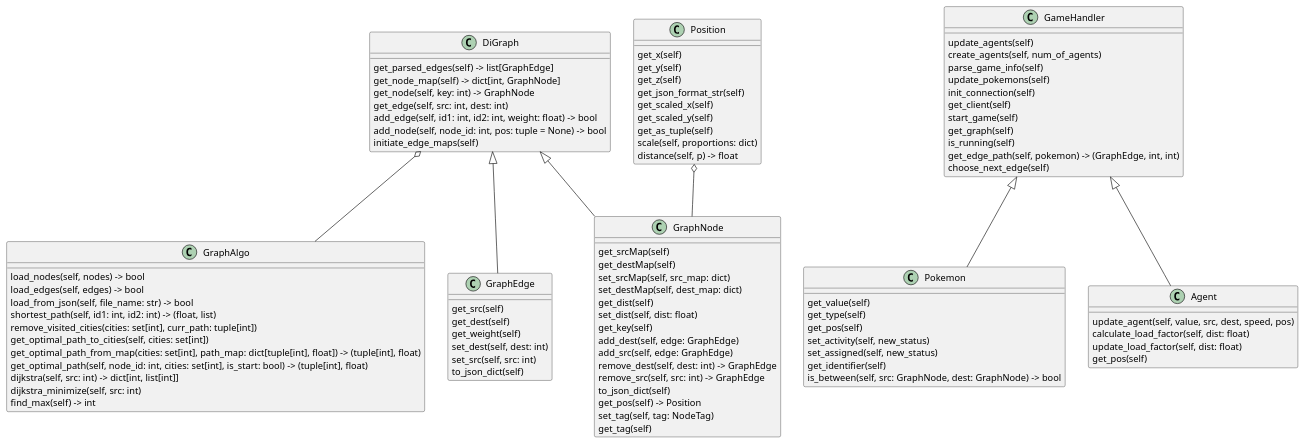
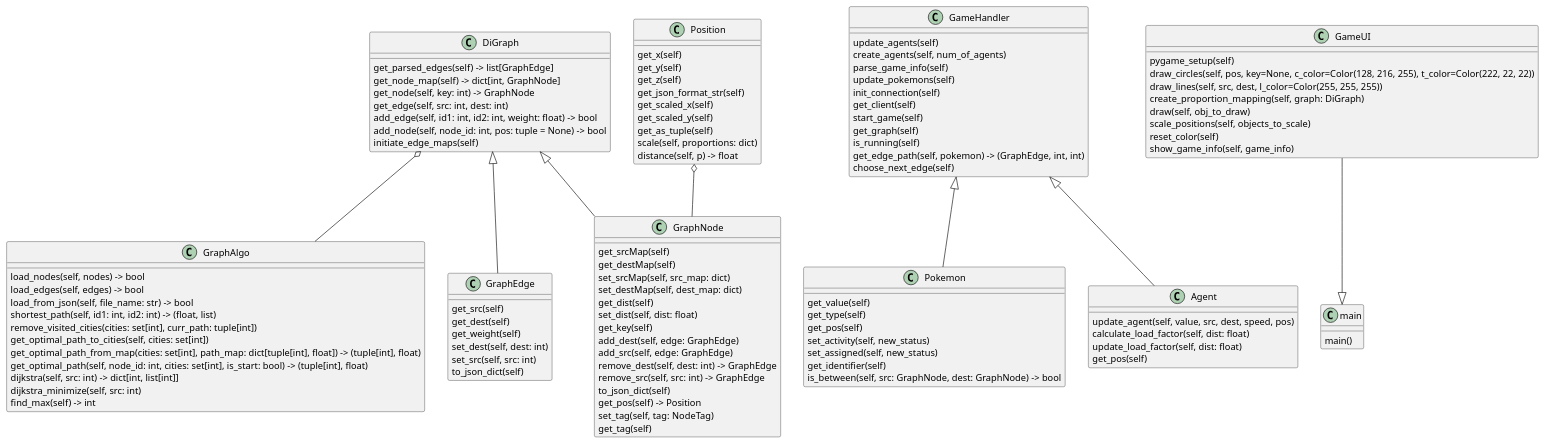
One commit to OriHoward/oop-ex5 changed the diagram in UML.puml. Above: the diagram before and after it, drawn with PlantUML.

Commit message:
updated UML

```diff
--- a/UML.puml
+++ b/UML.puml
@@ -1,107 +1,121 @@
 @startuml
 'https://plantuml.com/class-diagram
 
 class GraphAlgo {
  load_nodes(self, nodes) -> bool
  load_edges(self, edges) -> bool
  load_from_json(self, file_name: str) -> bool
  shortest_path(self, id1: int, id2: int) -> (float, list)
  remove_visited_cities(cities: set[int], curr_path: tuple[int])
  get_optimal_path_to_cities(self, cities: set[int])
  get_optimal_path_from_map(cities: set[int], path_map: dict[tuple[int], float]) -> (tuple[int], float)
  get_optimal_path(self, node_id: int, cities: set[int], is_start: bool) -> (tuple[int], float)
  dijkstra(self, src: int) -> dict[int, list[int]]
  dijkstra_minimize(self, src: int)
  find_max(self) -> int
 }
 
 class DiGraph  {
   get_parsed_edges(self) -> list[GraphEdge]
   get_node_map(self) -> dict[int, GraphNode]
   get_node(self, key: int) -> GraphNode
   get_edge(self, src: int, dest: int)
   add_edge(self, id1: int, id2: int, weight: float) -> bool
   add_node(self, node_id: int, pos: tuple = None) -> bool
   initiate_edge_maps(self)
 }
 
 class GraphEdge {
   get_src(self)
   get_dest(self)
   get_weight(self)
   set_dest(self, dest: int)
   set_src(self, src: int)
   to_json_dict(self)
 }
 
 class GraphNode {
   get_srcMap(self)
   get_destMap(self)
   set_srcMap(self, src_map: dict)
   set_destMap(self, dest_map: dict)
   get_dist(self)
   set_dist(self, dist: float)
   get_key(self)
   add_dest(self, edge: GraphEdge)
   add_src(self, edge: GraphEdge)
   remove_dest(self, dest: int) -> GraphEdge
   remove_src(self, src: int) -> GraphEdge
   to_json_dict(self)
   get_pos(self) -> Position
   set_tag(self, tag: NodeTag)
   get_tag(self)
 }
 
 class GameHandler {
   update_agents(self)
   create_agents(self, num_of_agents)
   parse_game_info(self)
   update_pokemons(self)
   init_connection(self)
   get_client(self)
   start_game(self)
   get_graph(self)
   is_running(self)
   get_edge_path(self, pokemon) -> (GraphEdge, int, int)
   choose_next_edge(self)
 }
 
+class GameUI {
+  pygame_setup(self)
+  draw_circles(self, pos, key=None, c_color=Color(128, 216, 255), t_color=Color(222, 22, 22))
+  draw_lines(self, src, dest, l_color=Color(255, 255, 255))
+  create_proportion_mapping(self, graph: DiGraph)
+  draw(self, obj_to_draw)
+  scale_positions(self, objects_to_scale)
+  reset_color(self)
+  show_game_info(self, game_info)
+}
+
+class main {
+  main()
+}
 class Position {
   get_x(self)
   get_y(self)
   get_z(self)
   get_json_format_str(self)
   get_scaled_x(self)
   get_scaled_y(self)
   get_as_tuple(self)
   scale(self, proportions: dict)
   distance(self, p) -> float
 }
 
 class Pokemon {
   get_value(self)
   get_type(self)
   get_pos(self)
   set_activity(self, new_status)
   set_assigned(self, new_status)
   get_identifier(self)
   is_between(self, src: GraphNode, dest: GraphNode) -> bool
 }
 
 class Agent {
   update_agent(self, value, src, dest, speed, pos)
   calculate_load_factor(self, dist: float)
   update_load_factor(self, dist: float)
   get_pos(self)
 }
 
 Position o-- GraphNode
 DiGraph o-- GraphAlgo
 DiGraph <|-- GraphEdge
 DiGraph <|-- GraphNode
 GameHandler <|-- Pokemon
 GameHandler <|-- Agent
-
+GameUI --|> main
 
 
 @enduml
```
